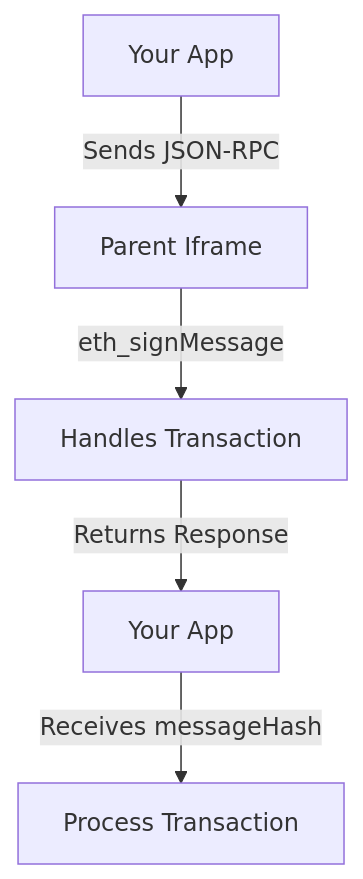
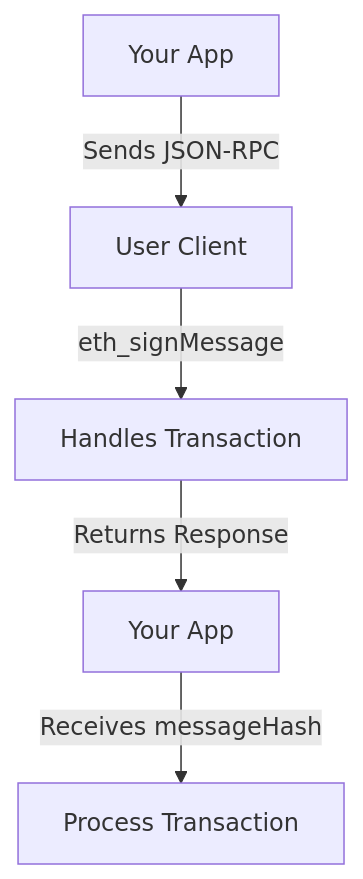
One commit to intersend/portability-iframe changed the diagram in README.md. Above: the diagram before and after it, drawn with Mermaid.

````diff
--- a/README.md
+++ b/README.md
@@ -17,7 +17,7 @@
 ```mermaid
 graph TD
-    A[Your App] -->|Sends JSON-RPC| B[Parent Iframe]
+    A[Your App] -->|Sends JSON-RPC| B[User Client]
     B -->|eth_signMessage| C[Handles Transaction]
     C -->|Returns Response| D[Your App]
     D -->|Receives messageHash| E[Process Transaction]
 ```
````
